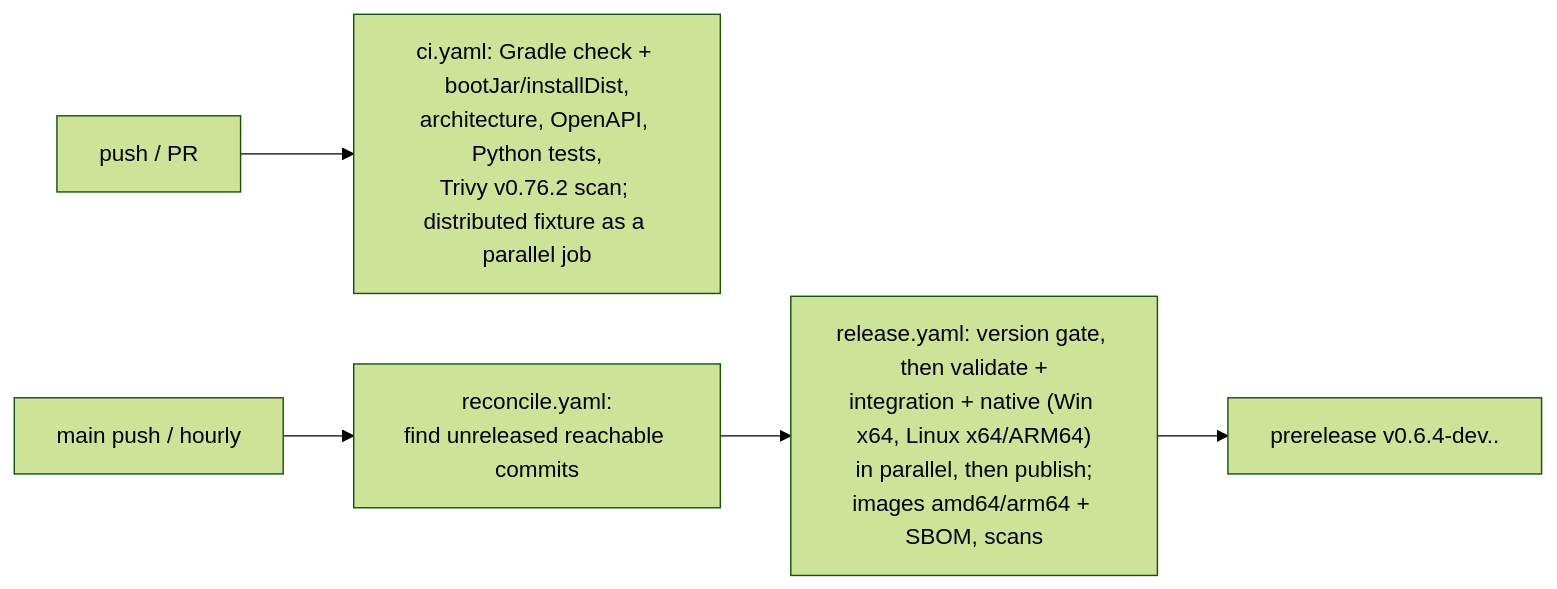
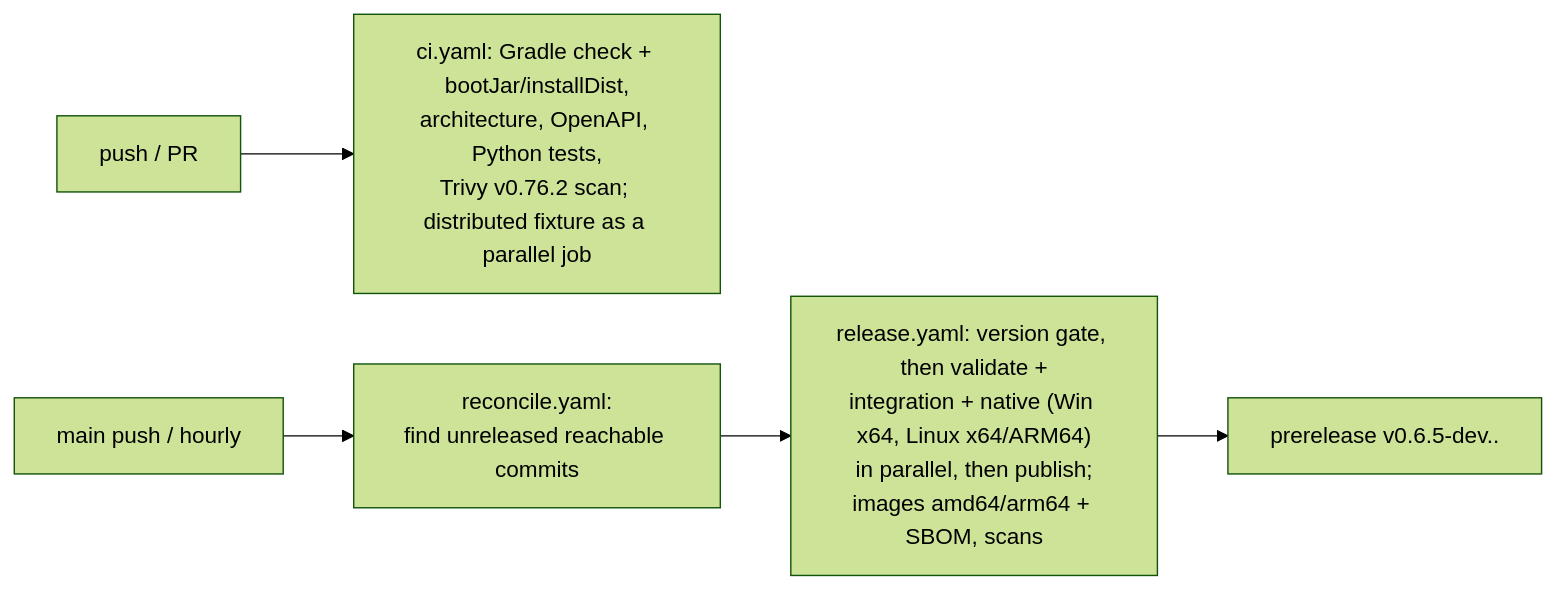
Diagram 12 of 12 in docs/GUIDE.md (athegreat90/minecraft-modsync), drawn with Mermaid (forest theme) before and after one commit. The commit also changed 26 other files, not shown here.

````diff
--- a/docs/GUIDE.md
+++ b/docs/GUIDE.md
@@ -384,7 +384,7 @@
 ```mermaid
 flowchart LR
   PR[push / PR] --> CI["ci.yaml: Gradle check + bootJar/installDist,\narchitecture, OpenAPI, Python tests,\nTrivy v0.76.2 scan; distributed fixture as a parallel job"]
   main[main push / hourly] --> REC["reconcile.yaml:\nfind unreleased reachable commits"]
   REC --> REL["release.yaml: version gate, then validate +\nintegration + native (Win x64, Linux x64/ARM64)\nin parallel, then publish;\nimages amd64/arm64 + SBOM, scans"]
-  REL --> PRE["prerelease v0.6.4-dev.<time>.<sha>"]
+  REL --> PRE["prerelease v0.6.5-dev.<time>.<sha>"]
 ```
````
